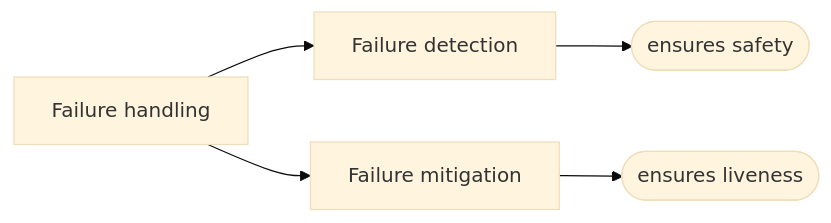
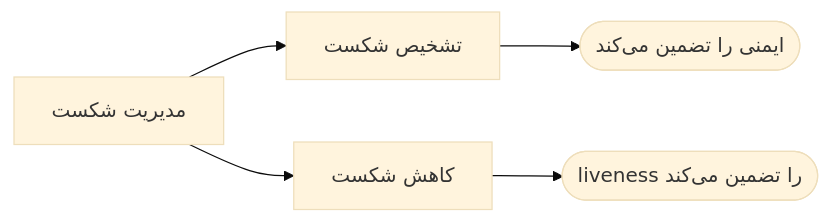
The first of 2 diagrams in books/think-distributed-systems/chapters/03-failure-tolerance.md (AlirezaHanifi/knowledge-vault), drawn with Mermaid (base theme) before and after one commit. The commit also changed other lines of this file and 50 other files, not shown here.

````diff
--- a/books/think-distributed-systems/chapters/03-failure-tolerance.md
+++ b/books/think-distributed-systems/chapters/03-failure-tolerance.md
@@ -109,5 +117,5 @@
 ```mermaid
 flowchart LR
-    H[Failure handling] --> D[Failure detection] --> S([ensures safety])
-    H --> M[Failure mitigation] --> L([ensures liveness])
+    H[مدیریت شکست] --> D[تشخیص شکست] --> S([ایمنی را تضمین می‌کند])
+    H --> M[کاهش شکست] --> L([liveness را تضمین می‌کند])
 ```
````
